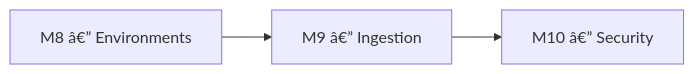
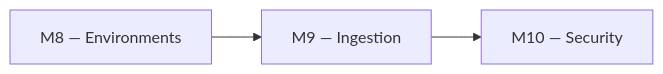
One commit to msellamiTN/data-plateform-iac changed the first of 2 diagrams in courses/day-05/module-09-snowflake-advanced/lab.md. Above: the diagram before and after it, drawn with Mermaid. The commit also changed other lines of this file and 235 other files, not shown here.

````diff
--- a/courses/day-05/module-09-snowflake-advanced/lab.md
+++ b/courses/day-05/module-09-snowflake-advanced/lab.md
@@ -55,5 +55,5 @@
 ```mermaid
 flowchart LR
-    M8[M8 â€” Environments] --> M9[M9 â€” Ingestion]
-    M9 --> M10[M10 â€” Security]
+    M8[M8 — Environments] --> M9[M9 — Ingestion]
+    M9 --> M10[M10 — Security]
 ```
````
